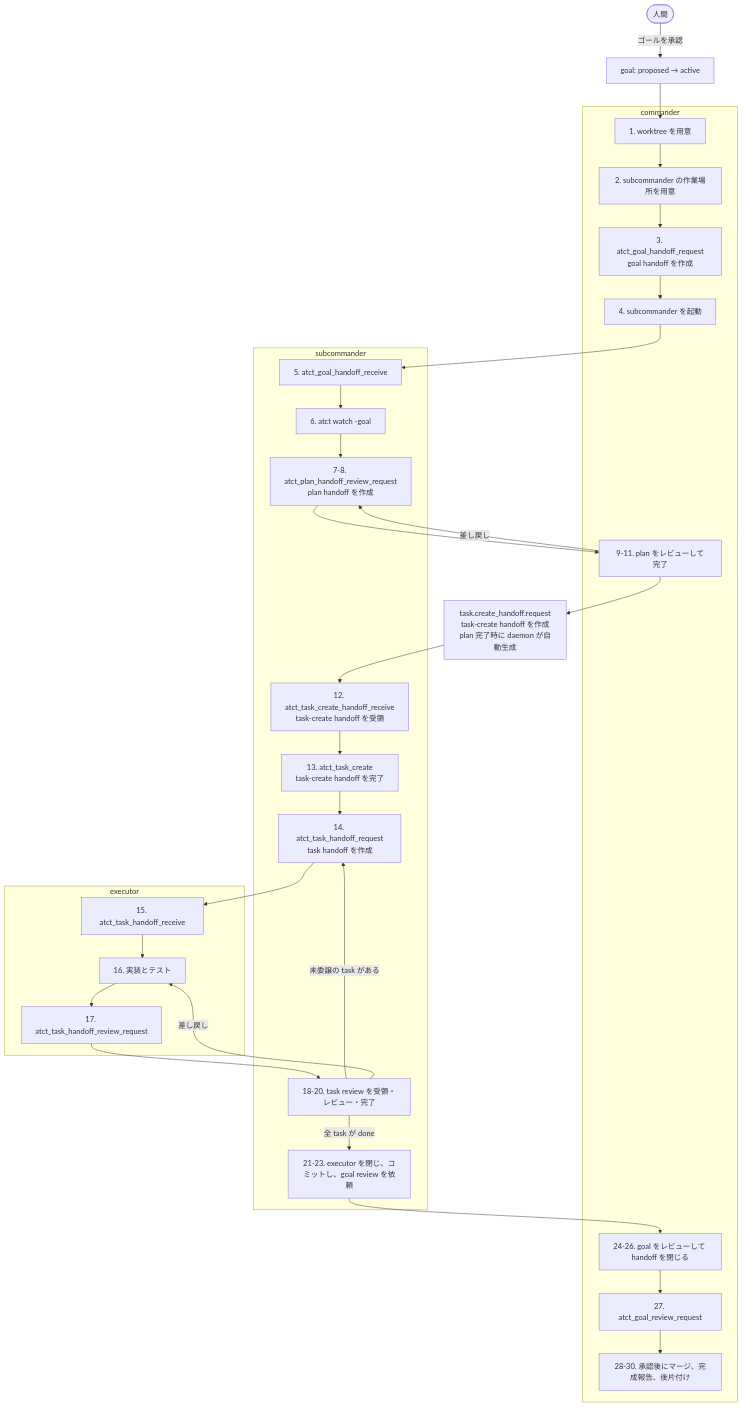
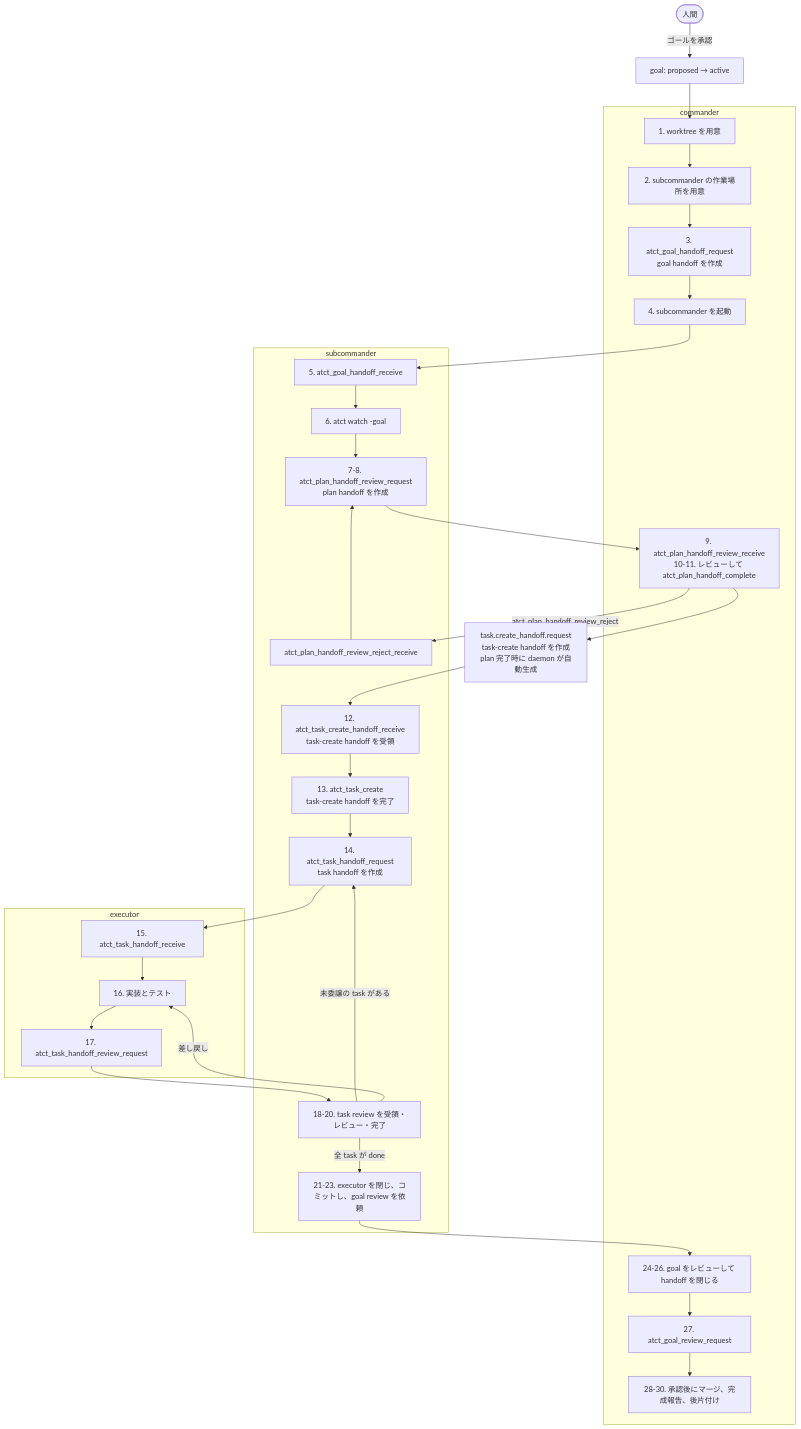
Before and after one commit to michiomochi/atct: the diagram in doc/execution-flow.md, drawn with Mermaid. The commit also changed other lines of this file, not shown here.

Commit message:
docs: show plan handoff receipt flow

````diff
--- a/doc/execution-flow.md
+++ b/doc/execution-flow.md
@@ -84,39 +84,40 @@
 ```mermaid
 flowchart TD
     H([人間]) -->|ゴールを承認| G[goal: proposed → active]
 
     subgraph C[commander]
         C1[1. worktree を用意]
         C2[2. subcommander の作業場所を用意]
         C3[3. atct_goal_handoff_request<br/>goal handoff を作成]
         C4[4. subcommander を起動]
-        C5[9-11. plan をレビューして完了]
+        C5[9. atct_plan_handoff_review_receive<br/>10-11. レビューして atct_plan_handoff_complete]
         C6[24-26. goal をレビューして handoff を閉じる]
         C7[27. atct_goal_review_request]
         C8[28-30. 承認後にマージ、完成報告、後片付け]
     end
 
     subgraph S[subcommander]
         S1[5. atct_goal_handoff_receive]
         S2[6. atct watch -goal]
         S3[7-8. atct_plan_handoff_review_request<br/>plan handoff を作成]
+        S3R[atct_plan_handoff_review_reject_receive]
         S4[12. atct_task_create_handoff_receive<br/>task-create handoff を受領]
         S5[13. atct_task_create<br/>task-create handoff を完了]
         S6[14. atct_task_handoff_request<br/>task handoff を作成]
         S7[18-20. task review を受領・レビュー・完了]
         S8[21-23. executor を閉じ、コミットし、goal review を依頼]
     end
 
     subgraph E[executor]
         E1[15. atct_task_handoff_receive]
         E2[16. 実装とテスト]
         E3[17. atct_task_handoff_review_request]
     end
 
     TC[task.create_handoff.request<br/>task-create handoff を作成<br/>plan 完了時に daemon が自動生成]
     G --> C1 --> C2 --> C3 --> C4 --> S1 --> S2 --> S3 --> C5 --> TC --> S4 --> S5 --> S6 --> E1 --> E2 --> E3 --> S7
     S7 -->|未委譲の task がある| S6
     S7 -->|全 task が done| S8 --> C6 --> C7 --> C8
-    C5 -->|差し戻し| S3
+    C5 -->|atct_plan_handoff_review_reject| S3R --> S3
     S7 -->|差し戻し| E2
 ```
````
